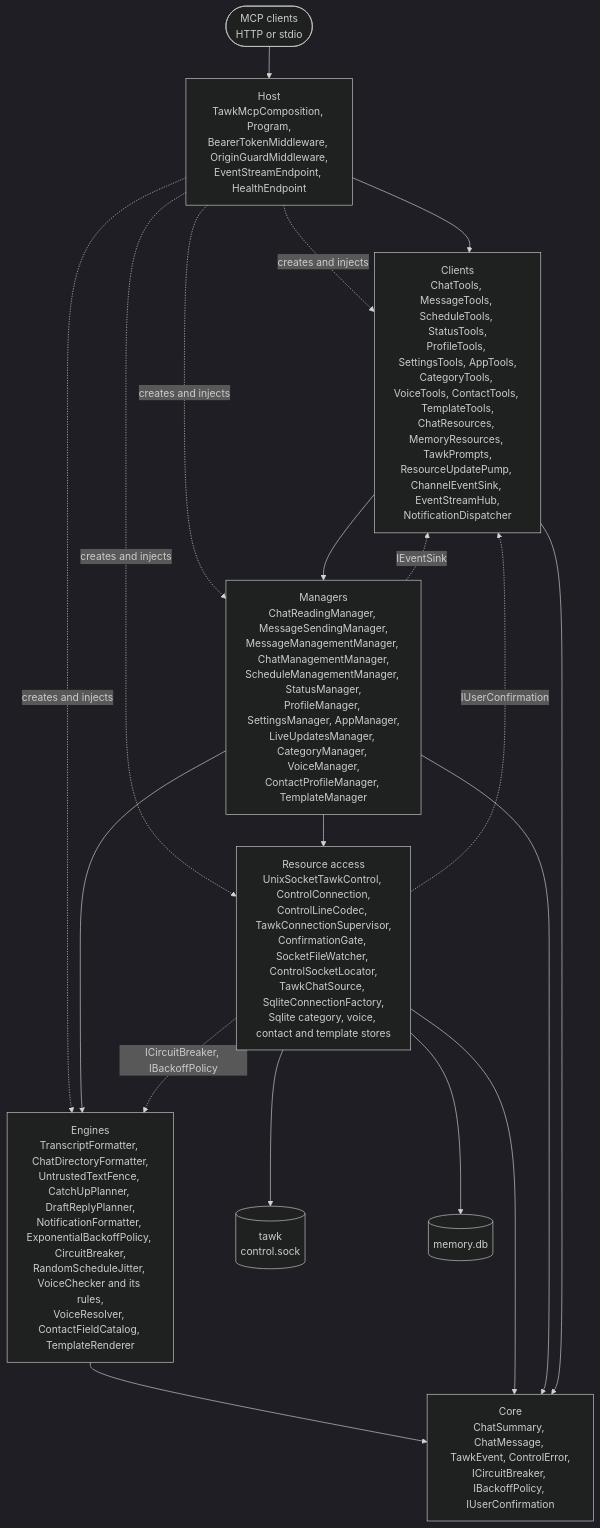
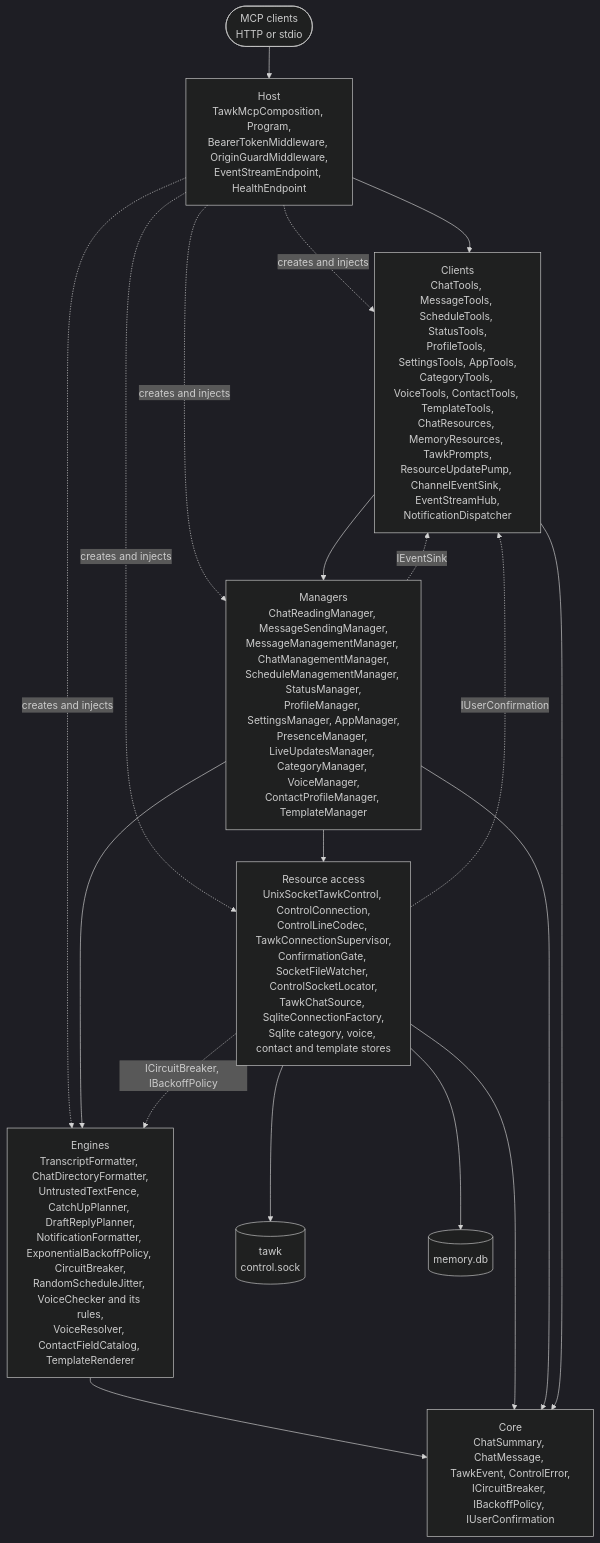
The first of 2 diagrams in ARCHITECTURE.md (loganventer/Corvus.Mcp.Server.Tawk), drawn with Mermaid (dark theme) before and after one commit. The commit also changed other lines of this file and 20 other files, not shown here.

````diff
--- a/ARCHITECTURE.md
+++ b/ARCHITECTURE.md
@@ -31,27 +31,27 @@
 ```mermaid
 flowchart TD
     HOST["Host<br/>TawkMcpComposition, Program,<br/>BearerTokenMiddleware, OriginGuardMiddleware,<br/>EventStreamEndpoint, HealthEndpoint"]
     CL["Clients<br/>ChatTools, MessageTools, ScheduleTools, StatusTools,<br/>ProfileTools, SettingsTools, AppTools,<br/>CategoryTools, VoiceTools, ContactTools, TemplateTools,<br/>ChatResources, MemoryResources, TawkPrompts,<br/>ResourceUpdatePump, ChannelEventSink, EventStreamHub,<br/>NotificationDispatcher"]
-    MG["Managers<br/>ChatReadingManager, MessageSendingManager,<br/>MessageManagementManager, ChatManagementManager,<br/>ScheduleManagementManager, StatusManager,<br/>ProfileManager, SettingsManager, AppManager,<br/>LiveUpdatesManager, CategoryManager, VoiceManager,<br/>ContactProfileManager, TemplateManager"]
+    MG["Managers<br/>ChatReadingManager, MessageSendingManager,<br/>MessageManagementManager, ChatManagementManager,<br/>ScheduleManagementManager, StatusManager,<br/>ProfileManager, SettingsManager, AppManager,<br/>PresenceManager, LiveUpdatesManager, CategoryManager, VoiceManager,<br/>ContactProfileManager, TemplateManager"]
     EN["Engines<br/>TranscriptFormatter, ChatDirectoryFormatter,<br/>UntrustedTextFence, CatchUpPlanner, DraftReplyPlanner,<br/>NotificationFormatter, ExponentialBackoffPolicy, CircuitBreaker,<br/>RandomScheduleJitter, VoiceChecker and its rules,<br/>VoiceResolver, ContactFieldCatalog, TemplateRenderer"]
     RA["Resource access<br/>UnixSocketTawkControl, ControlConnection,<br/>ControlLineCodec, TawkConnectionSupervisor,<br/>ConfirmationGate, SocketFileWatcher, ControlSocketLocator,<br/>TawkChatSource, SqliteConnectionFactory,<br/>Sqlite category, voice, contact and template stores"]
     CO["Core<br/>ChatSummary, ChatMessage, TawkEvent, ControlError,<br/>ICircuitBreaker, IBackoffPolicy, IUserConfirmation"]
     TAWK[("tawk<br/>control.sock")]
     MCP(["MCP clients<br/>HTTP or stdio"])
 
     HOST -.->|creates and injects| CL & MG & EN & RA
     MCP --> HOST
     HOST --> CL
     CL --> MG
     MG --> EN
     MG --> RA
     MG -.->|IEventSink| CL
     RA -.->|ICircuitBreaker, IBackoffPolicy| EN
     RA -.->|IUserConfirmation| CL
     RA --> TAWK
     RA --> DB[("memory.db")]
     EN --> CO
     RA --> CO
     MG --> CO
     CL --> CO
 ```
````
